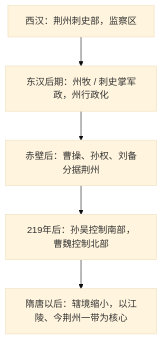
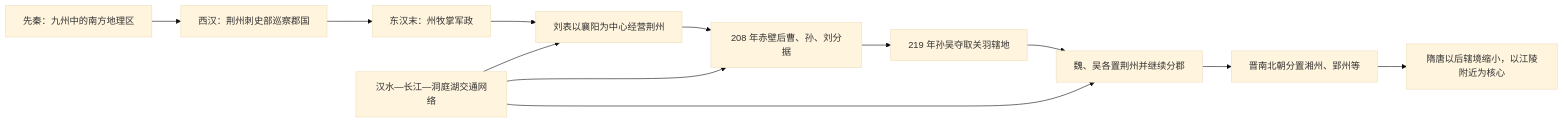
The diagram in 人文科学/历史/东亚/中国/_制度/地方行政区划/荆州/README.md (tianlan-dev/learning-notes), drawn with Mermaid (base theme) before and after one commit. The commit also changed other lines of this file and 1417 other files, not shown here.

````diff
--- a/人文科学/历史/东亚/中国/_制度/地方行政区划/荆州/README.md
+++ b/人文科学/历史/东亚/中国/_制度/地方行政区划/荆州/README.md
@@ -23,7 +27,14 @@
 ```mermaid
-flowchart TD
-    A["西汉：荆州刺史部，监察区"] --> B["东汉后期：州牧 / 刺史掌军政，州行政化"]
-    B --> C["赤壁后：曹操、孙权、刘备分据荆州"]
-    C --> D["219年后：孙吴控制南部，曹魏控制北部"]
-    D --> E["隋唐以后：辖境缩小，以江陵、今荆州一带为核心"]
+flowchart LR
+    G["先秦：九州中的南方地理区"] --> H["西汉：荆州刺史部巡察郡国"]
+    H --> A["东汉末：州牧掌军政"]
+    A --> L["刘表以襄阳为中心经营荆州"]
+    L --> C["208 年赤壁后曹、孙、刘分据"]
+    C --> W["219 年孙吴夺取关羽辖地"]
+    W --> T["魏、吴各置荆州并继续分郡"]
+    T --> S["晋南北朝分置湘州、郢州等"]
+    S --> J["隋唐以后辖境缩小，以江陵附近为核心"]
+    R["汉水—长江—洞庭湖交通网络"] --> L
+    R --> C
+    R --> T
 ```
````
